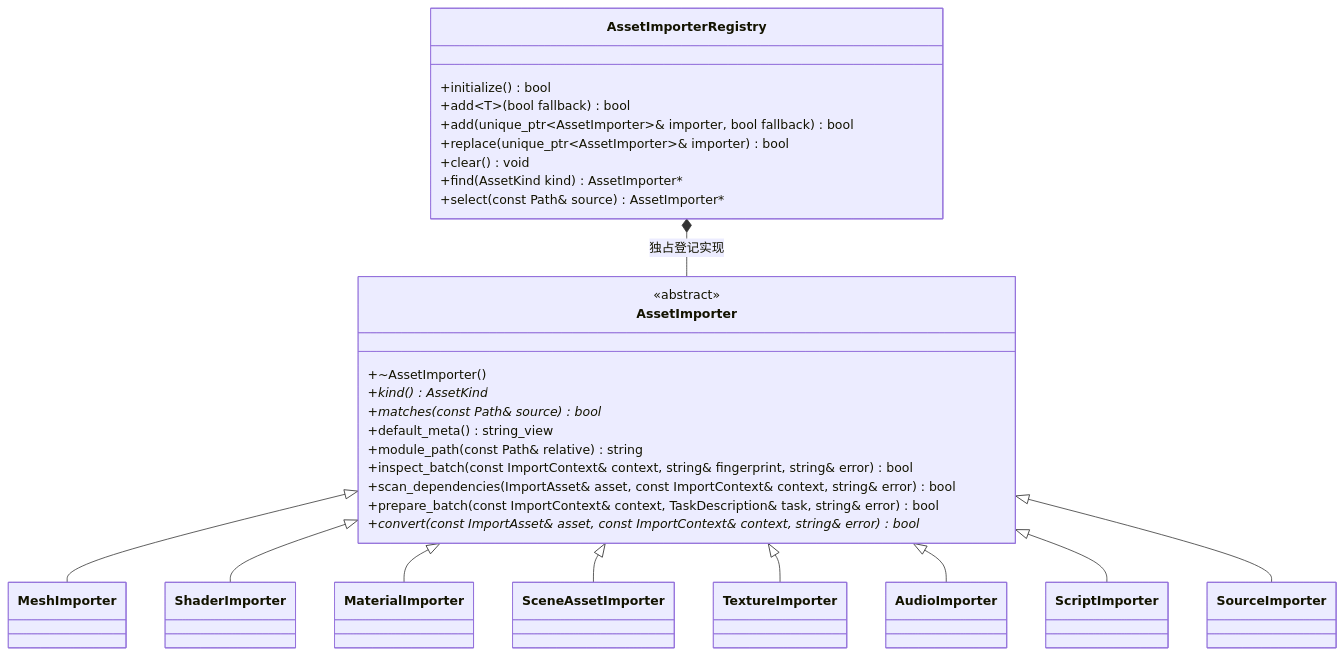
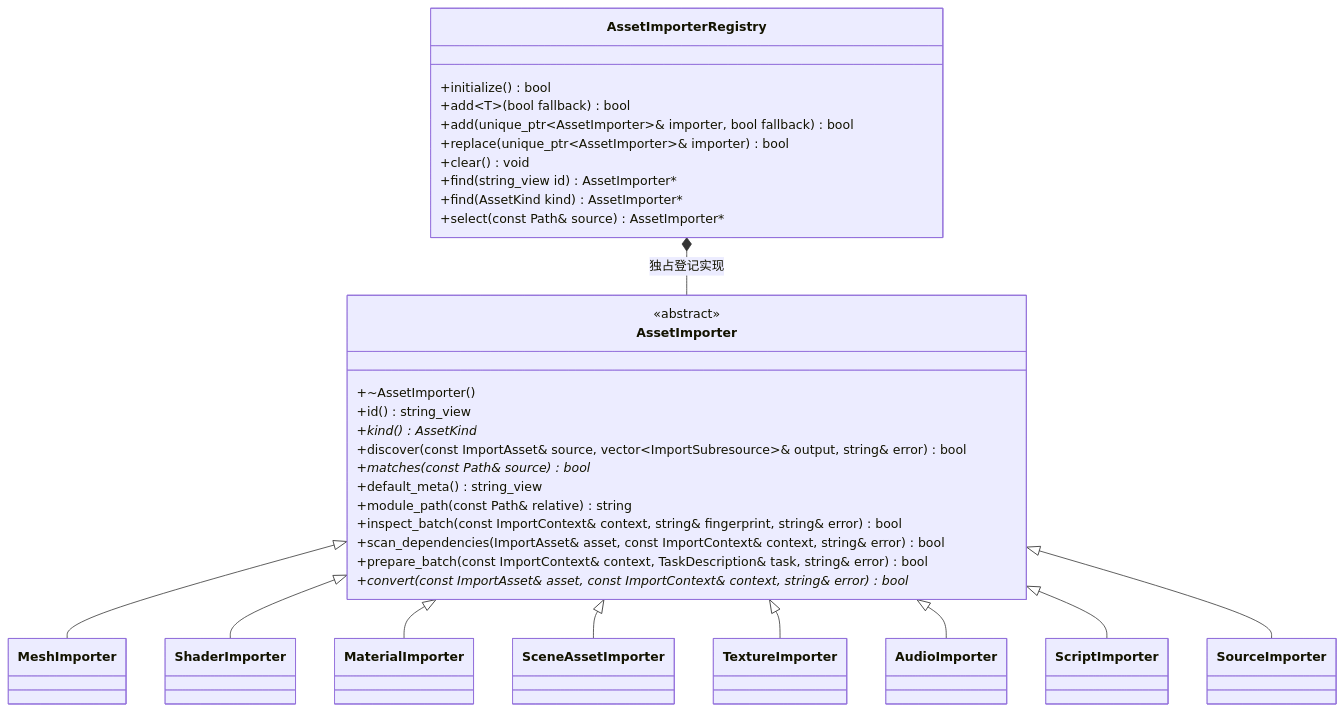
One commit to lcals/Engine changed the diagram in docs/editor/class-diagrams/asset-importers.md. Above: the diagram before and after it, drawn with Mermaid. The commit also changed other lines of this file and 213 other files, not shown here.

````diff
--- a/docs/editor/class-diagrams/asset-importers.md
+++ b/docs/editor/class-diagrams/asset-importers.md
@@ -5,41 +5,44 @@
 ```mermaid
 classDiagram
     class AssetImporter {
         <<abstract>>
         +~AssetImporter()
+        +id() string_view
         +kind() AssetKind*
+        +discover(const ImportAsset& source, vector~ImportSubresource~& output, string& error) bool
         +matches(const Path& source) bool*
         +default_meta() string_view
         +module_path(const Path& relative) string
         +inspect_batch(const ImportContext& context, string& fingerprint, string& error) bool
         +scan_dependencies(ImportAsset& asset, const ImportContext& context, string& error) bool
         +prepare_batch(const ImportContext& context, TaskDescription& task, string& error) bool
         +convert(const ImportAsset& asset, const ImportContext& context, string& error) bool*
     }
     class AssetImporterRegistry {
         +initialize() bool
         +add~T~(bool fallback) bool
         +add(unique_ptr~AssetImporter~& importer, bool fallback) bool
         +replace(unique_ptr~AssetImporter~& importer) bool
         +clear() void
+        +find(string_view id) AssetImporter#42;
         +find(AssetKind kind) AssetImporter#42;
         +select(const Path& source) AssetImporter#42;
     }
     class MeshImporter
     class ShaderImporter
     class MaterialImporter
     class SceneAssetImporter
     class TextureImporter
     class AudioImporter
     class ScriptImporter
     class SourceImporter
     AssetImporter <|-- MeshImporter
     AssetImporter <|-- ShaderImporter
     AssetImporter <|-- MaterialImporter
     AssetImporter <|-- SceneAssetImporter
     AssetImporter <|-- TextureImporter
     AssetImporter <|-- AudioImporter
     AssetImporter <|-- ScriptImporter
     AssetImporter <|-- SourceImporter
     AssetImporterRegistry *-- AssetImporter : 独占登记实现
 ```
````
